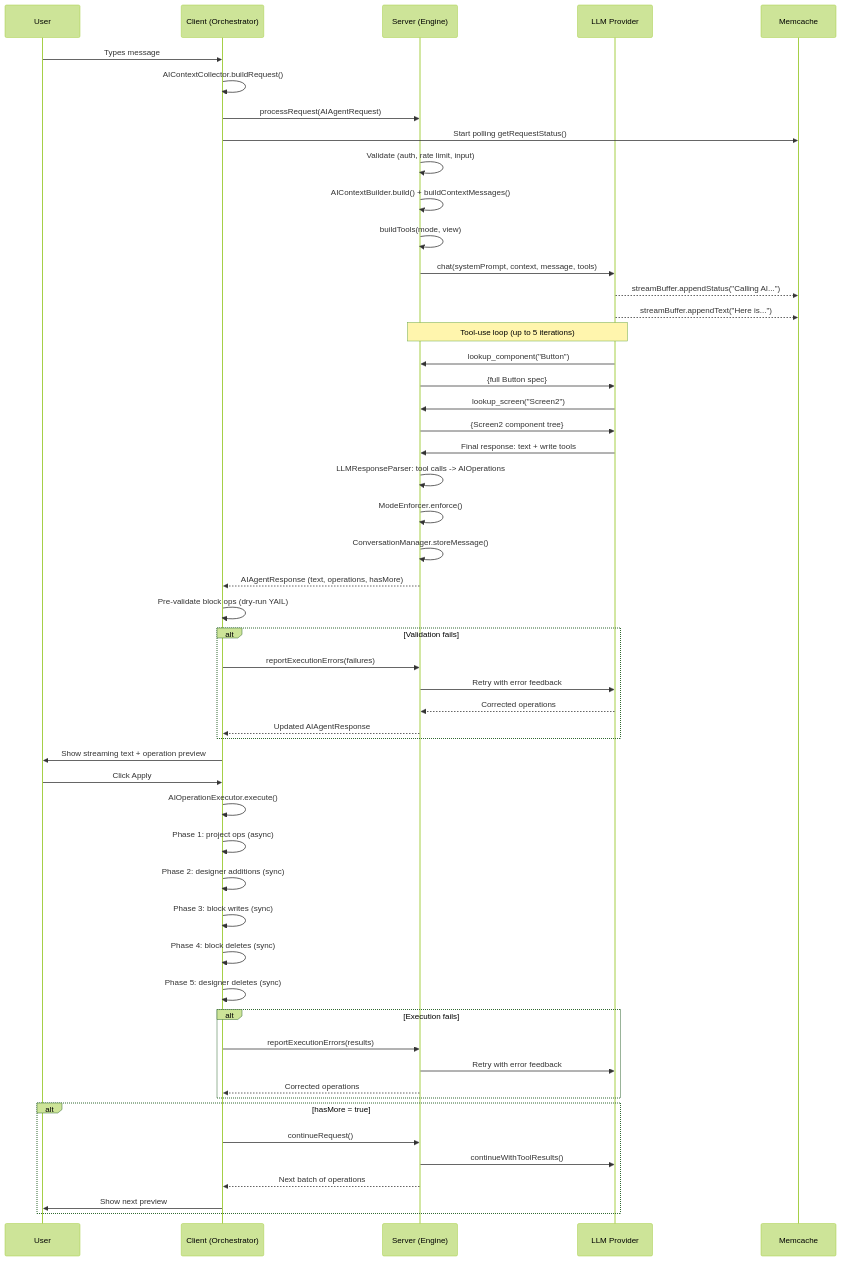
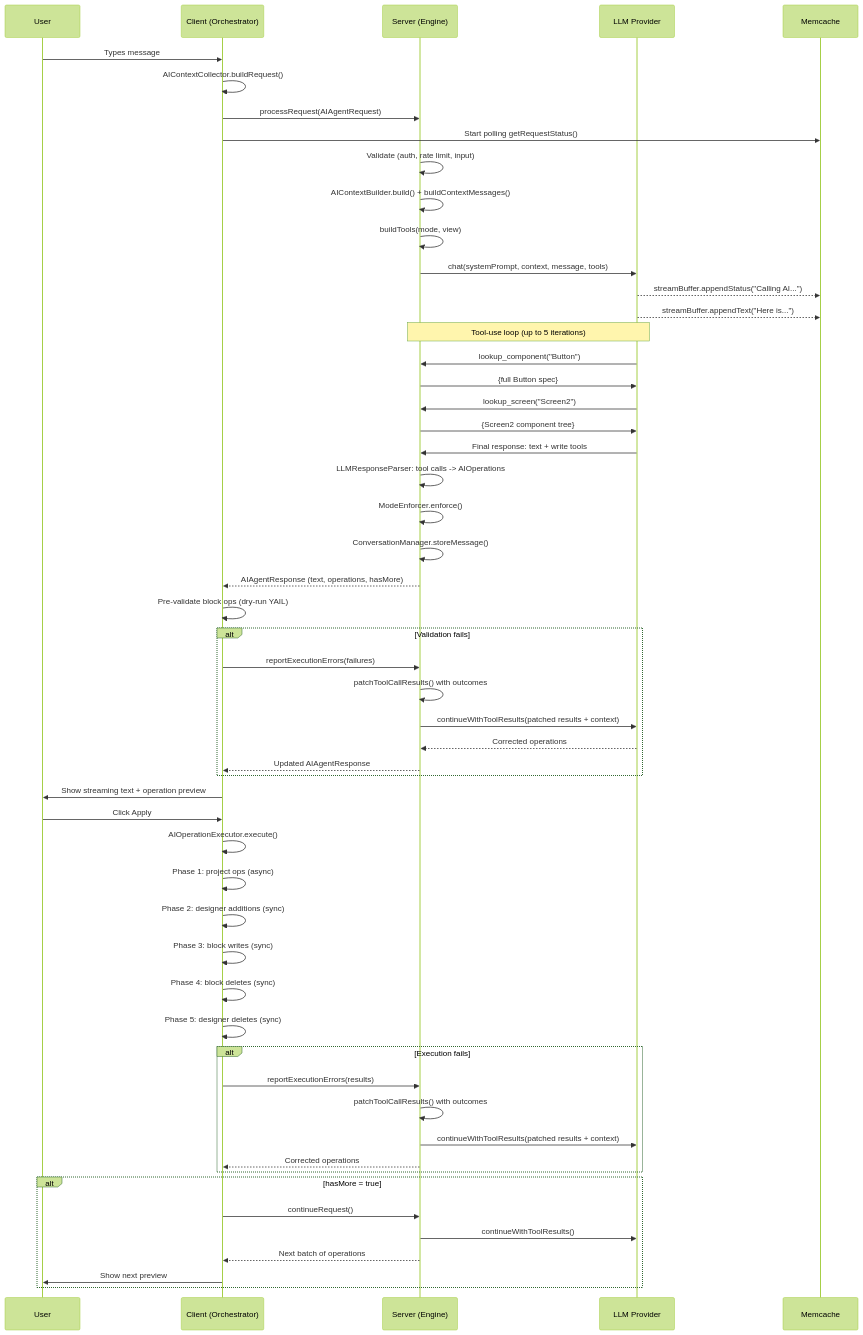
The seventh of 13 diagrams in CONTRIBUTING_AI.md (mit-cml/appinventor-sources), drawn with Mermaid (forest theme) before and after one commit. The commit also changed other lines of this file and 13 other files, not shown here.

Commit message:
Better Tool Error Handling

````diff
--- a/CONTRIBUTING_AI.md
+++ b/CONTRIBUTING_AI.md
@@ -474,66 +475,68 @@
 ```mermaid
 sequenceDiagram
     participant U as User
     participant C as Client (Orchestrator)
     participant S as Server (Engine)
     participant L as LLM Provider
     participant M as Memcache
 
     U->>C: Types message
     C->>C: AIContextCollector.buildRequest()
     C->>S: processRequest(AIAgentRequest)
     C->>M: Start polling getRequestStatus()
 
     S->>S: Validate (auth, rate limit, input)
     S->>S: AIContextBuilder.build() + buildContextMessages()
     S->>S: buildTools(mode, view)
 
     S->>L: chat(systemPrompt, context, message, tools)
     L-->>M: streamBuffer.appendStatus("Calling AI...")
     L-->>M: streamBuffer.appendText("Here is...")
 
     Note over L,S: Tool-use loop (up to 5 iterations)
     L->>S: lookup_component("Button")
     S->>L: {full Button spec}
     L->>S: lookup_screen("Screen2")
     S->>L: {Screen2 component tree}
     L->>S: Final response: text + write tools
 
     S->>S: LLMResponseParser: tool calls -> AIOperations
     S->>S: ModeEnforcer.enforce()
     S->>S: ConversationManager.storeMessage()
 
     S-->>C: AIAgentResponse (text, operations, hasMore)
 
     C->>C: Pre-validate block ops (dry-run YAIL)
 
     alt Validation fails
         C->>S: reportExecutionErrors(failures)
-        S->>L: Retry with error feedback
+        S->>S: patchToolCallResults() with outcomes
+        S->>L: continueWithToolResults(patched results + context)
         L-->>S: Corrected operations
         S-->>C: Updated AIAgentResponse
     end
 
     C->>U: Show streaming text + operation preview
     U->>C: Click Apply
 
     C->>C: AIOperationExecutor.execute()
     C->>C: Phase 1: project ops (async)
     C->>C: Phase 2: designer additions (sync)
     C->>C: Phase 3: block writes (sync)
     C->>C: Phase 4: block deletes (sync)
     C->>C: Phase 5: designer deletes (sync)
 
     alt Execution fails
         C->>S: reportExecutionErrors(results)
-        S->>L: Retry with error feedback
+        S->>S: patchToolCallResults() with outcomes
+        S->>L: continueWithToolResults(patched results + context)
         S-->>C: Corrected operations
     end
 
     alt hasMore = true
         C->>S: continueRequest()
         S->>L: continueWithToolResults()
         S-->>C: Next batch of operations
         C->>U: Show next preview
     end
 ```
````
